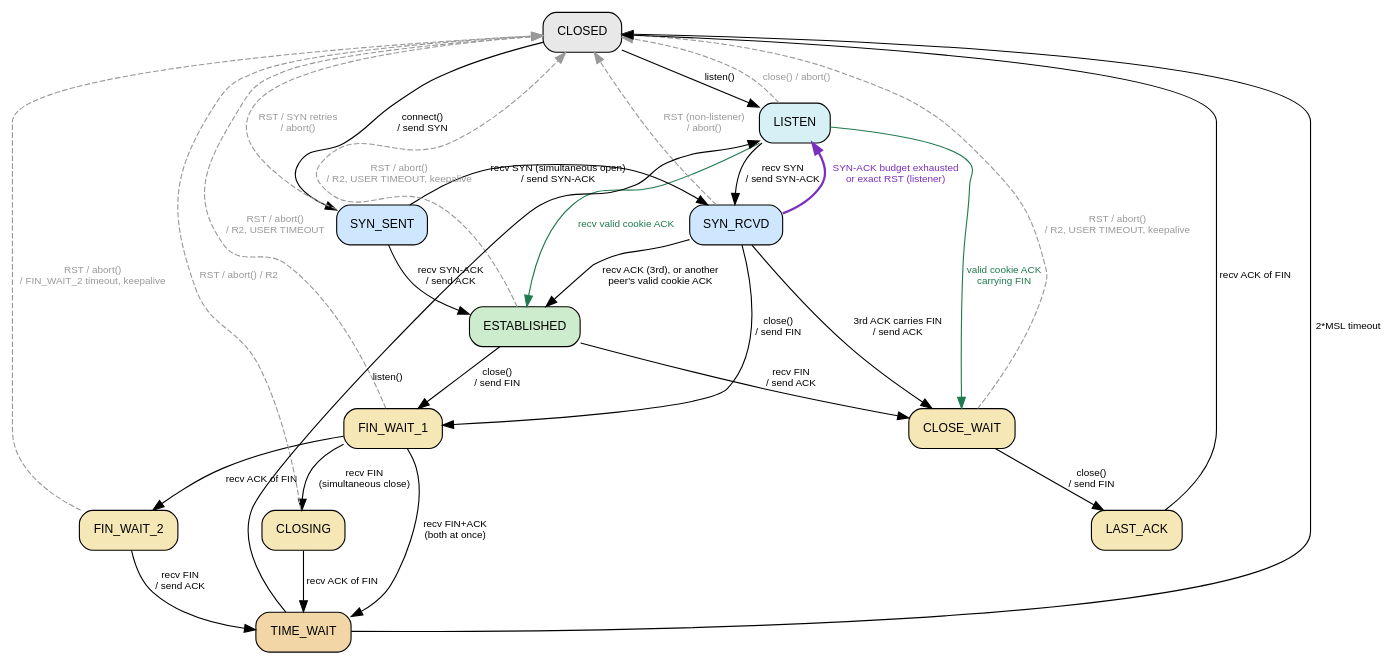
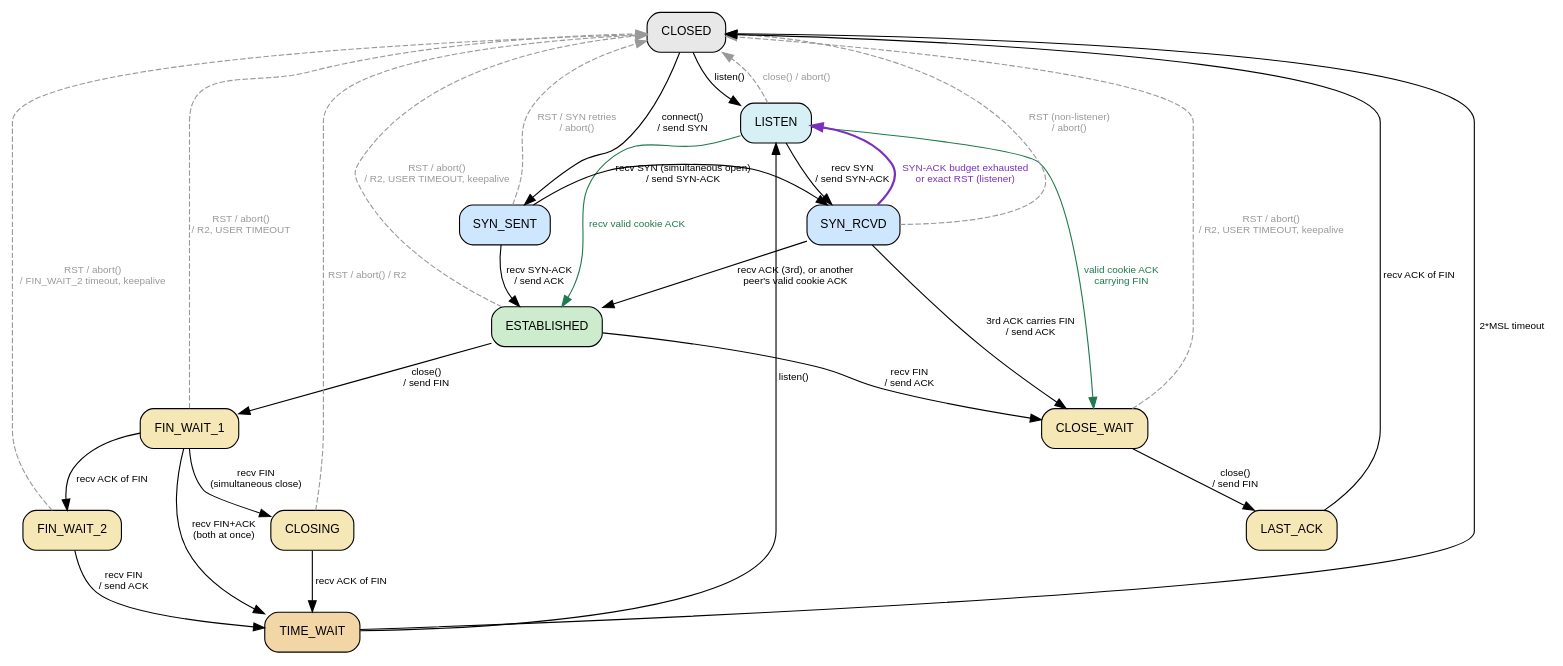
Before and after one commit to mjsabby/tcp-sans-io: the diagram in docs/state-machine.dot, drawn with Graphviz. The commit also changed 24 other files, not shown here.

```diff
--- a/docs/state-machine.dot
+++ b/docs/state-machine.dot
@@ -1,94 +1,93 @@
 // TCP connection state machine for tcp-sans-io.
 //
 // This is the authoritative, implementation-accurate transition graph. Its
 // edges are exactly the relation of `State::debug_transition_allowed()` in
 // src/state.rs: every fuzz target panics on a transition it does not allow,
 // and a unit test in src/state.rs fails if this file draws a different set
 // of edges, so the picture and the code cannot drift apart. Transition sites
 // live in src/tcb/ (input.rs, ack.rs, cookie.rs, timers.rs, mod.rs).
 //
 // Regenerate the SVG after editing:
 //   dot -Tsvg docs/state-machine.dot -o docs/state-machine.svg
 //
 // Legend:
 //   solid black   normal protocol transition (trigger / action)
 //   bold purple   SYN_RCVD -> LISTEN revert: the half-open slot is recycled
 //                 (bounded SYN-ACK retransmit budget, or an exact RST)
 //   green         SYN-cookie promotion: a valid cookie ACK establishes the
 //                 connection with no prior state
 //   dashed grey   abort: RST received, local abort(), or a timeout -> CLOSED
 //
 digraph tcp_state_machine {
     rankdir=TB;
     bgcolor="white";
     node [shape=box, style="rounded,filled", fontname="Helvetica", fontsize=11, margin="0.18,0.08"];
     edge [fontname="Helvetica", fontsize=9];
 
     // ---- States (colour-grouped by phase) -------------------------------
     Closed      [fillcolor="#e8e8e8", label="CLOSED"];
     Listen      [fillcolor="#d6f0f5", label="LISTEN"];
     SynSent     [fillcolor="#cfe6ff", label="SYN_SENT"];
     SynRcvd     [fillcolor="#cfe6ff", label="SYN_RCVD"];
     Established  [fillcolor="#cdeccd", label="ESTABLISHED"];
     FinWait1    [fillcolor="#f6e7b6", label="FIN_WAIT_1"];
     FinWait2    [fillcolor="#f6e7b6", label="FIN_WAIT_2"];
     Closing     [fillcolor="#f6e7b6", label="CLOSING"];
     TimeWait    [fillcolor="#f3d6a6", label="TIME_WAIT"];
     CloseWait   [fillcolor="#f6e7b6", label="CLOSE_WAIT"];
     LastAck     [fillcolor="#f6e7b6", label="LAST_ACK"];
 
     // ---- Opens ----------------------------------------------------------
     Closed   -> SynSent     [label="connect()\n/ send SYN"];
     Closed   -> Listen      [label="listen()"];
     Listen   -> SynRcvd     [label="recv SYN\n/ send SYN-ACK"];
     SynSent  -> Established  [label="recv SYN-ACK\n/ send ACK"];
     SynSent  -> SynRcvd     [label="recv SYN (simultaneous open)\n/ send SYN-ACK"];
     SynRcvd  -> Established  [label="recv ACK (3rd), or another\npeer's valid cookie ACK"];
     SynRcvd  -> CloseWait   [label="3rd ACK carries FIN\n/ send ACK"];
     TimeWait -> Listen      [label="listen()"];
 
     // Hybrid SYN cookies: while the half-open slot is busy, other peers get
     // stateless cookie SYN-ACKs. A valid cookie ACK establishes directly —
     // from LISTEN, or from SYN_RCVD by taking over the pending half-open.
     Listen   -> Established [label="recv valid cookie ACK",
                              color="#1f7a4d", fontcolor="#1f7a4d"];
     Listen   -> CloseWait   [label="valid cookie ACK\ncarrying FIN",
                              color="#1f7a4d", fontcolor="#1f7a4d"];
 
     // The half-open slot is recycled back to LISTEN after its bounded
     // SYN-ACK retransmit budget, or by a RST exactly at RCV.NXT (any other
     // in-window RST only draws a challenge ACK, RFC 5961).
     SynRcvd  -> Listen      [label="SYN-ACK budget exhausted\nor exact RST (listener)",
                              color="#7b2fbe", fontcolor="#7b2fbe", penwidth=2.0];
 
     // ---- Active close (we call close() first) ---------------------------
     Established -> FinWait1 [label="close()\n/ send FIN"];
-    SynRcvd     -> FinWait1 [label="close()\n/ send FIN"];
     FinWait1 -> FinWait2    [label="recv ACK of FIN"];
     FinWait1 -> Closing     [label="recv FIN\n(simultaneous close)"];
     FinWait1 -> TimeWait    [label="recv FIN+ACK\n(both at once)"];
     FinWait2 -> TimeWait    [label="recv FIN\n/ send ACK"];
     Closing  -> TimeWait    [label="recv ACK of FIN"];
     TimeWait -> Closed      [label="2*MSL timeout"];
 
     // ---- Passive close (peer FINs first) --------------------------------
     Established -> CloseWait [label="recv FIN\n/ send ACK"];
     CloseWait   -> LastAck   [label="close()\n/ send FIN"];
     LastAck     -> Closed    [label="recv ACK of FIN"];
 
     // ---- Aborts: RST received / abort() / timeouts -> CLOSED ------------
     edge [style=dashed, color="#999999", fontcolor="#999999"];
     SynSent     -> Closed [label="RST / SYN retries\n/ abort()"];
     SynRcvd     -> Closed [label="RST (non-listener)\n/ abort()"];
     Listen      -> Closed [label="close() / abort()"];
     Established -> Closed [label="RST / abort()\n/ R2, USER TIMEOUT, keepalive"];
     FinWait1    -> Closed [label="RST / abort()\n/ R2, USER TIMEOUT"];
     FinWait2    -> Closed [label="RST / abort()\n/ FIN_WAIT_2 timeout, keepalive"];
     Closing     -> Closed [label="RST / abort() / R2"];
     CloseWait   -> Closed [label="RST / abort()\n/ R2, USER TIMEOUT, keepalive"];
 
     // ---- Rank hints for a clean top-to-bottom flow ----------------------
     { rank=same; SynSent; SynRcvd; }
     { rank=same; FinWait1; CloseWait; }
     { rank=same; FinWait2; Closing; }
 }
```
